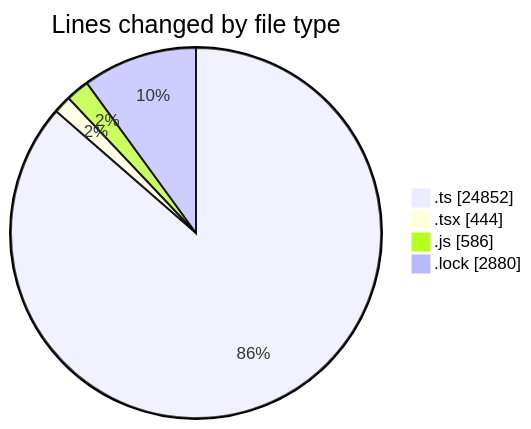
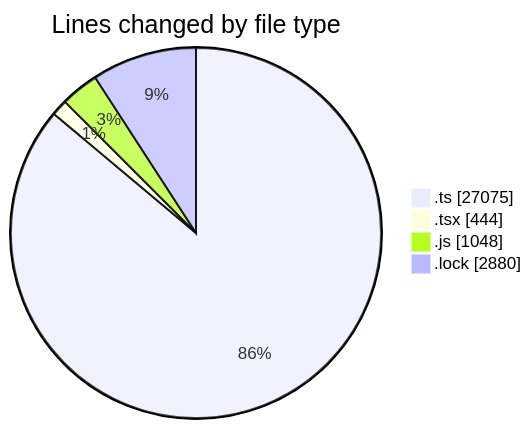
One commit to momahboobian/code-tracking changed the first of 2 diagrams in 2026-09-11/cda/README.md. Above: the diagram before and after it, drawn with Mermaid. The commit also changed other lines of this file and 1 other file, not shown here.

````diff
--- a/2026-09-11/cda/README.md
+++ b/2026-09-11/cda/README.md
@@ -37,8 +38,8 @@
 ```mermaid
 pie showData
 title Lines changed by file type
-".ts" : 24852
+".ts" : 27075
 ".tsx" : 444
-".js" : 586
+".js" : 1048
 ".lock" : 2880
 ```
````
